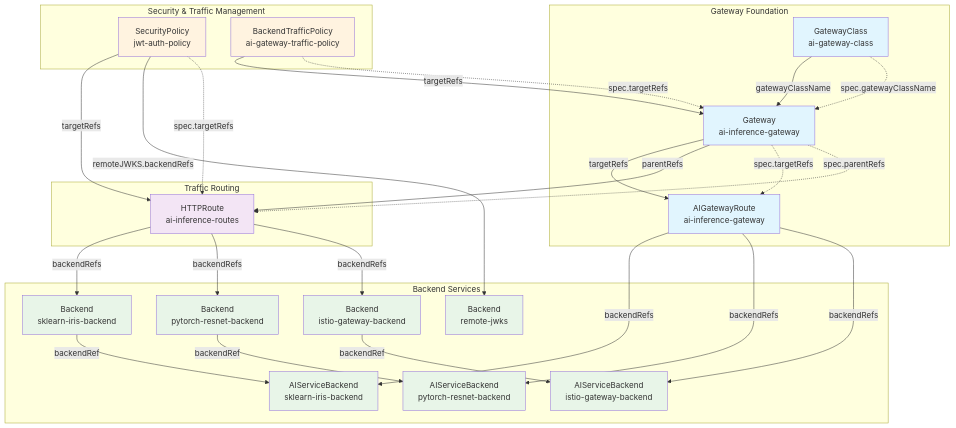
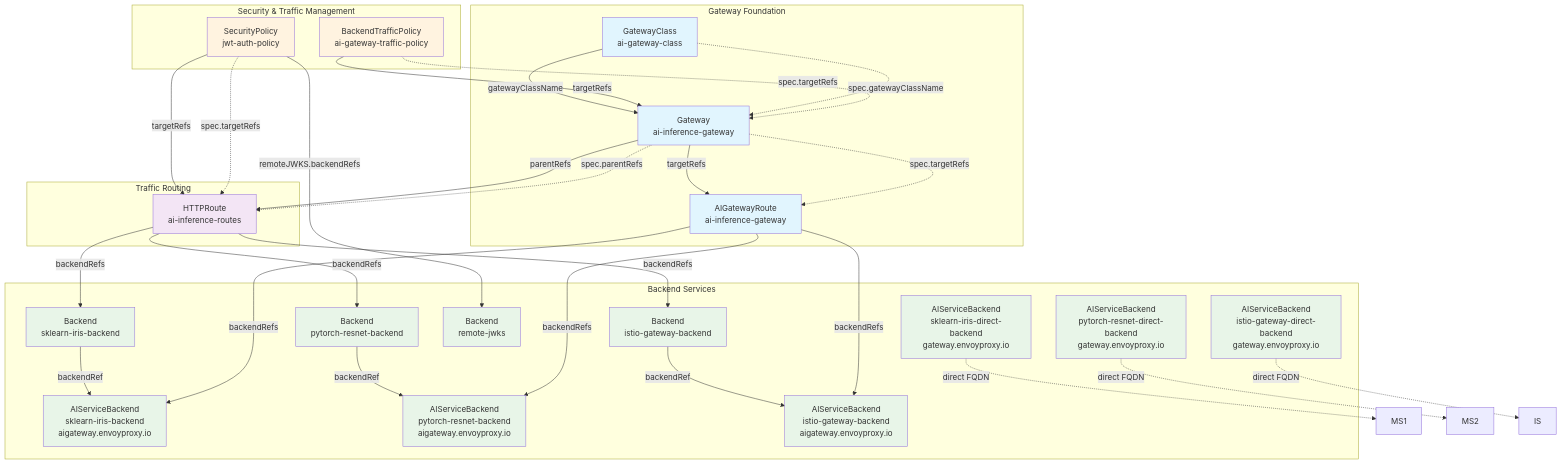
Before and after one commit to smarunich/inference-in-a-box: the third of 5 diagrams in configs/envoy-gateway/README.md, drawn with Mermaid. The commit also changed other lines of this file and 8 other files, not shown here.

````diff
--- a/configs/envoy-gateway/README.md
+++ b/configs/envoy-gateway/README.md
@@ -118,73 +121,82 @@
 ```mermaid
 graph TB
     subgraph "Gateway Foundation" [Gateway Foundation]
         GC[GatewayClass<br/>ai-gateway-class]
         G[Gateway<br/>ai-inference-gateway]
         AGR[AIGatewayRoute<br/>ai-inference-gateway]
     end
     
     subgraph "Backend Definitions" [Backend Services]
         B1[Backend<br/>sklearn-iris-backend]
         B2[Backend<br/>pytorch-resnet-backend]
         B3[Backend<br/>istio-gateway-backend]
         B4[Backend<br/>remote-jwks]
         
-        ASB1[AIServiceBackend<br/>sklearn-iris-backend]
-        ASB2[AIServiceBackend<br/>pytorch-resnet-backend]
-        ASB3[AIServiceBackend<br/>istio-gateway-backend]
+        ASB1[AIServiceBackend<br/>sklearn-iris-backend<br/>aigateway.envoyproxy.io]
+        ASB2[AIServiceBackend<br/>pytorch-resnet-backend<br/>aigateway.envoyproxy.io]
+        ASB3[AIServiceBackend<br/>istio-gateway-backend<br/>aigateway.envoyproxy.io]
+        
+        DASB1[AIServiceBackend<br/>sklearn-iris-direct-backend<br/>gateway.envoyproxy.io]
+        DASB2[AIServiceBackend<br/>pytorch-resnet-direct-backend<br/>gateway.envoyproxy.io]
+        DASB3[AIServiceBackend<br/>istio-gateway-direct-backend<br/>gateway.envoyproxy.io]
     end
     
     subgraph "Security & Policies" [Security & Traffic Management]
         SP[SecurityPolicy<br/>jwt-auth-policy]
         BTP[BackendTrafficPolicy<br/>ai-gateway-traffic-policy]
     end
     
     subgraph "Routing Configuration" [Traffic Routing]
         HR[HTTPRoute<br/>ai-inference-routes]
     end
     
     %% Gateway Foundation Relationships
     GC -->|gatewayClassName| G
     G -->|targetRefs| AGR
     G -->|parentRefs| HR
     
     %% Backend Relationships
     B1 -->|backendRef| ASB1
     B2 -->|backendRef| ASB2
     B3 -->|backendRef| ASB3
+    
+    %% Direct Backend Relationships (standalone)
+    DASB1 -.->|direct FQDN| MS1
+    DASB2 -.->|direct FQDN| MS2
+    DASB3 -.->|direct FQDN| IS
     
     %% Security Policy Relationships
     SP -->|targetRefs| HR
     SP -->|remoteJWKS.backendRefs| B4
     
     %% Traffic Policy Relationships
     BTP -->|targetRefs| G
     
     %% Routing Relationships
     HR -->|backendRefs| B1
     HR -->|backendRefs| B2
     HR -->|backendRefs| B3
     
     %% AI Gateway Route Relationships
     AGR -->|backendRefs| ASB1
     AGR -->|backendRefs| ASB2
     AGR -->|backendRefs| ASB3
     
     %% Reference Labels
     GC -.->|"spec.gatewayClassName"| G
     G -.->|"spec.targetRefs"| AGR
     G -.->|"spec.parentRefs"| HR
     SP -.->|"spec.targetRefs"| HR
     BTP -.->|"spec.targetRefs"| G
     
     %% Styling
     classDef gateway fill:#e1f5fe
     classDef backend fill:#e8f5e8
     classDef security fill:#fff3e0
     classDef routing fill:#f3e5f5
     
     class GC,G,AGR gateway
-    class B1,B2,B3,B4,ASB1,ASB2,ASB3 backend
+    class B1,B2,B3,B4,ASB1,ASB2,ASB3,DASB1,DASB2,DASB3 backend
     class SP,BTP security
     class HR routing
 ```
````
